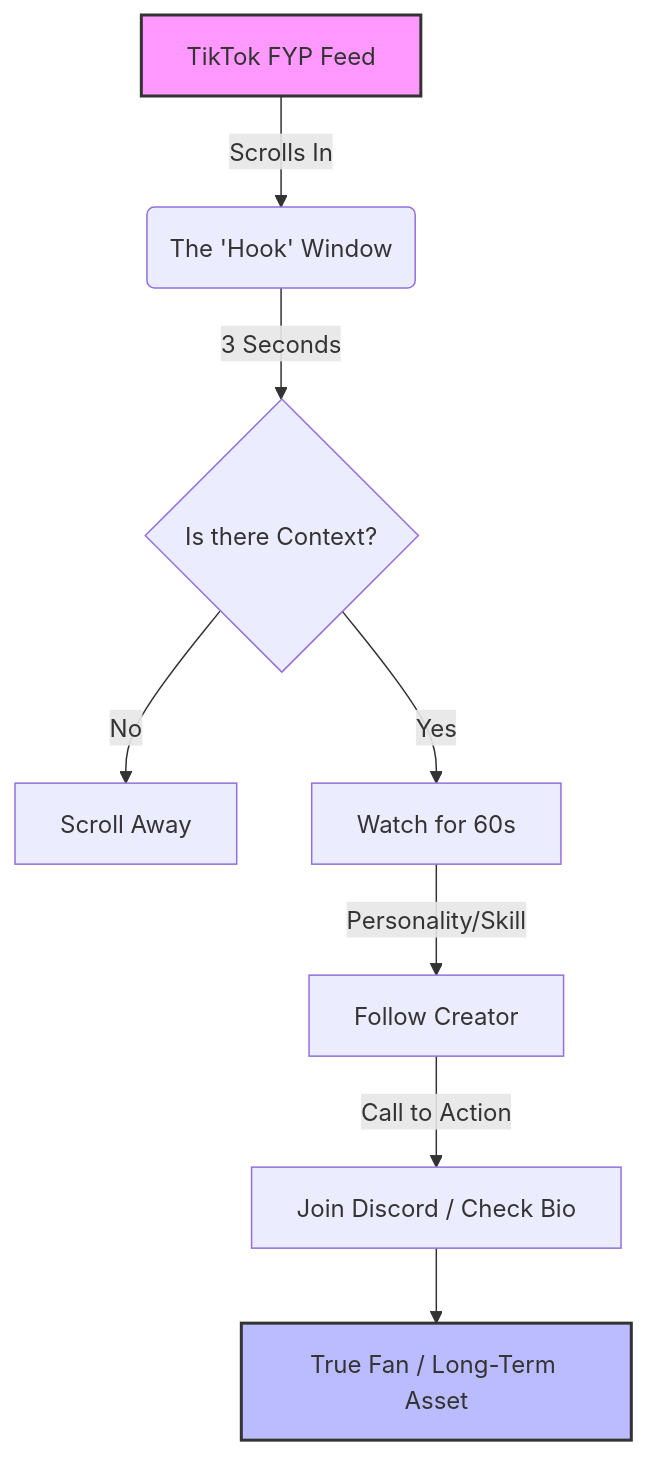
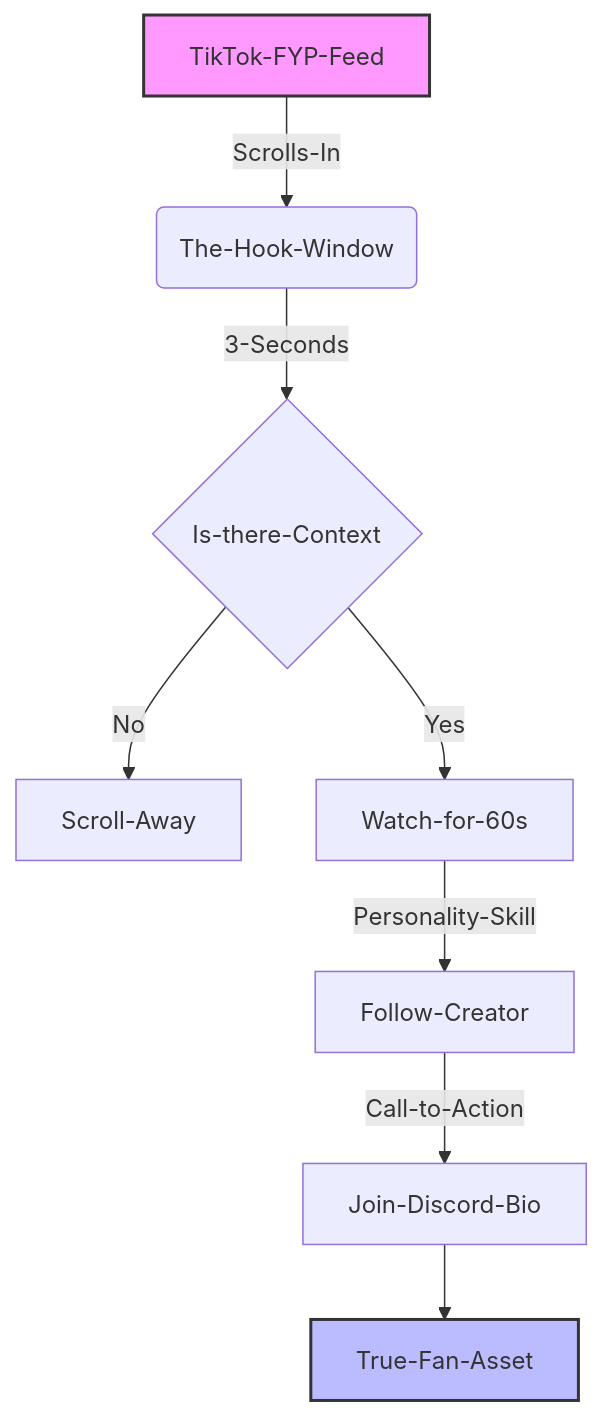
One commit to littl3-boat/ttwise changed the diagram in data/blog/tiktok-live-gaming-long-term-strategy-2026.mdx. Above: the diagram before and after it, drawn with Mermaid. The commit also changed 35 other files, not shown here.

First line of the commit message:
feat: fix Mermaid diagram syntax across blog posts and add new Reddit-sourced blog entries

````diff
--- a/data/blog/tiktok-live-gaming-long-term-strategy-2026.mdx
+++ b/data/blog/tiktok-live-gaming-long-term-strategy-2026.mdx
@@ -58,13 +58,13 @@
 ```mermaid
-graph TD
-    A[TikTok FYP Feed] -->|Scrolls In| B(The 'Hook' Window)
-    B -->|3 Seconds| C{Is there Context?}
-    C -- No --> D[Scroll Away]
-    C -- Yes --> E[Watch for 60s]
-    E -->|Personality/Skill| F[Follow Creator]
-    F -->|Call to Action| G[Join Discord / Check Bio]
-    G --> H[True Fan / Long-Term Asset]
+flowchart TD
+    A[TikTok-FYP-Feed] -->|Scrolls-In| B(The-Hook-Window)
+    B -->|3-Seconds| C{Is-there-Context}
+    C -- No --> D[Scroll-Away]
+    C -- Yes --> E[Watch-for-60s]
+    E -->|Personality-Skill| F[Follow-Creator]
+    F -->|Call-to-Action| G[Join-Discord-Bio]
+    G --> H[True-Fan-Asset]
 
     style A fill:#f9f,stroke:#333,stroke-width:2px
     style H fill:#bbf,stroke:#333,stroke-width:2px
 ```
````
